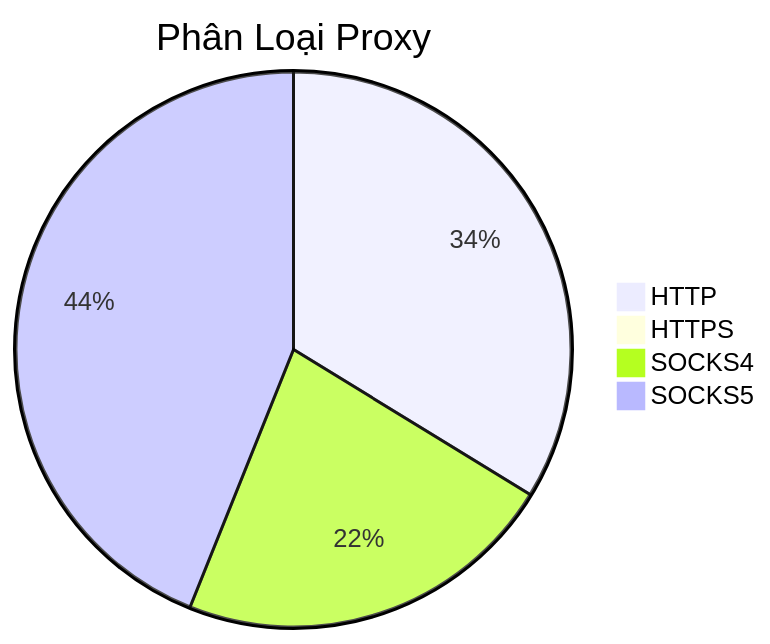
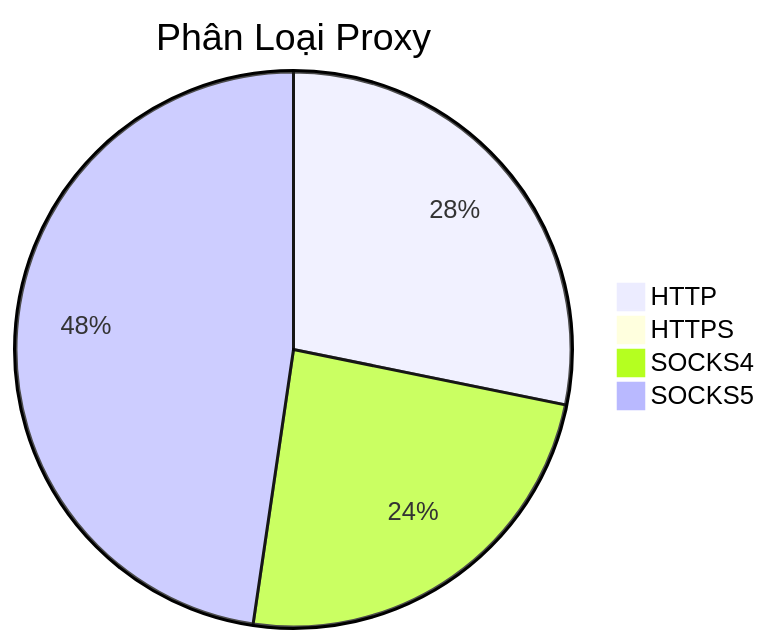
Before and after one commit to Ciara-12/PROXY-free: the diagram in README.md, drawn with Mermaid. The commit also changed other lines of this file and 4 other files, not shown here.

````diff
--- a/README.md
+++ b/README.md
@@ -26,7 +26,7 @@
 ```mermaid
 pie title Phân Loại Proxy
-    "HTTP" : 694
-    "HTTPS" : 2
-    "SOCKS4" : 459
-    "SOCKS5" : 903
+    "HTTP" : 485
+    "HTTPS" : 1
+    "SOCKS4" : 415
+    "SOCKS5" : 820
 ```
````
